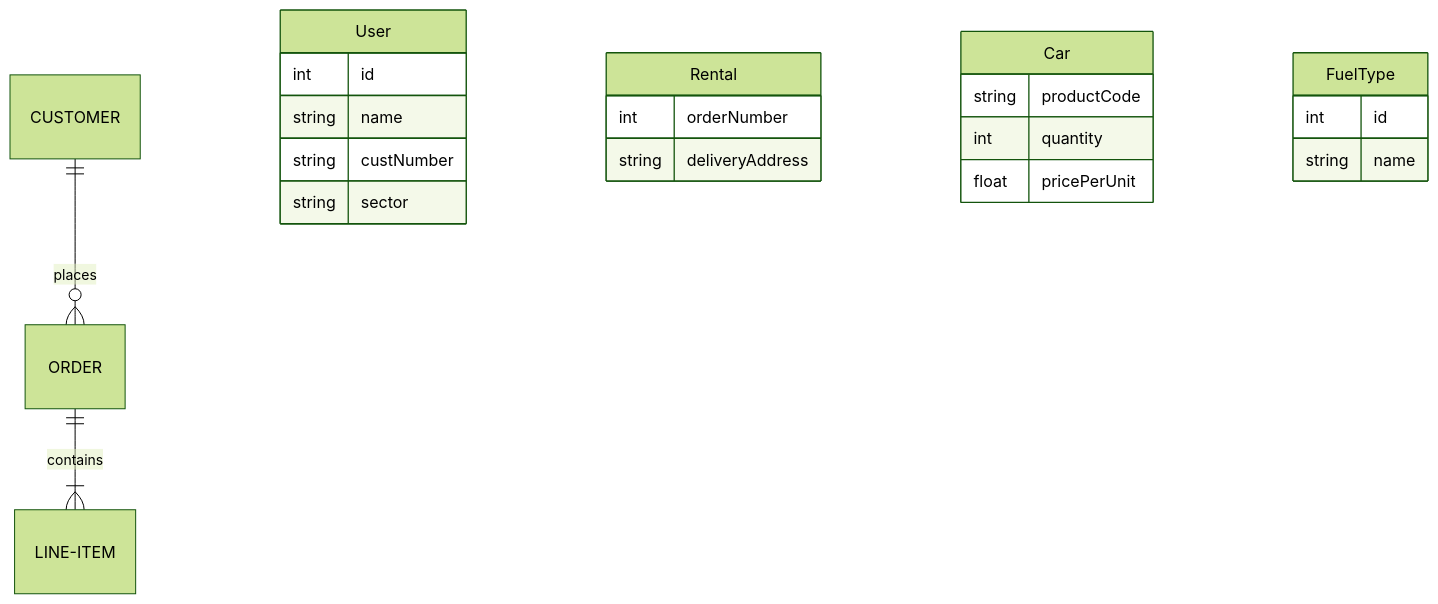
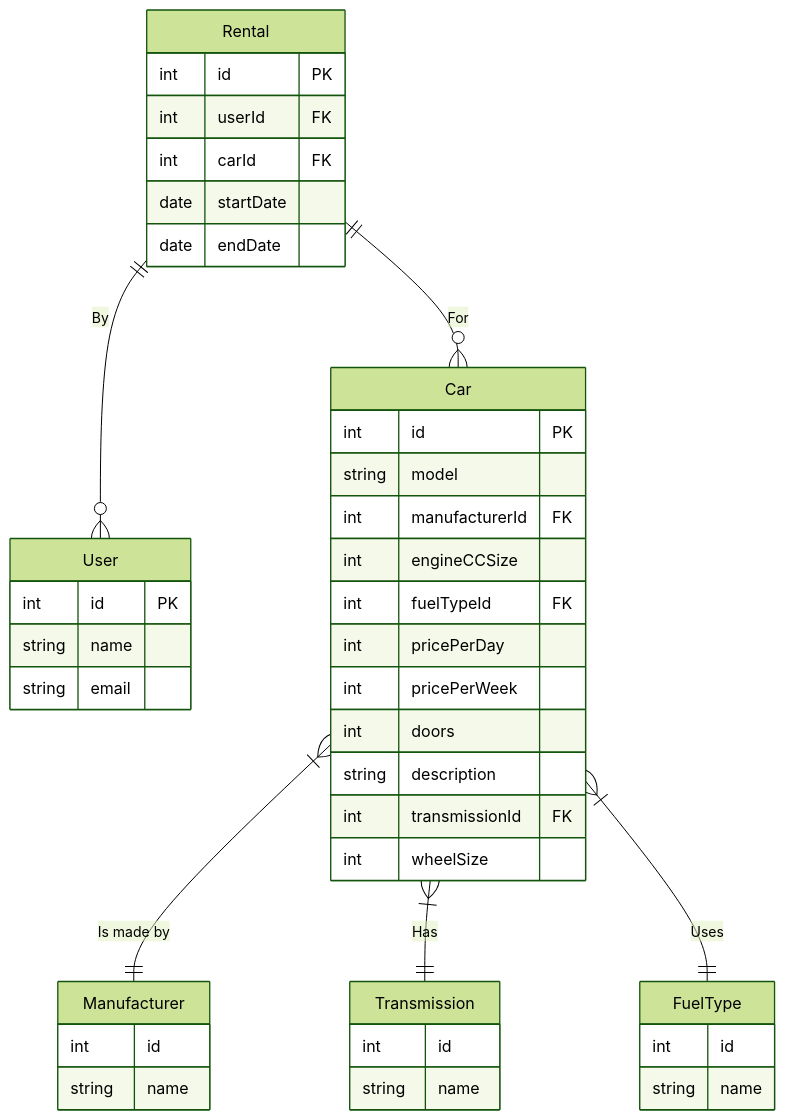
Before and after one commit to thor2304/HapticEngines: the diagram in uml_diagram.md, drawn with Mermaid (forest theme).

Commit message:
Added diagram with changes

````diff
--- a/uml_diagram.md
+++ b/uml_diagram.md
@@ -1,24 +1,49 @@
 ```mermaid
 erDiagram
-    CUSTOMER ||--o{ ORDER : places
     User {
+        int id PK
+        string name
+        string email
+    }
+    Rental {
+        int id PK
+        int userId FK
+        int carId FK
+        date startDate
+        date endDate
+    }
+    Car {
+        int id PK
+        string model
+        int manufacturerId FK
+        int engineCCSize
+        int fuelTypeId FK
+        int pricePerDay
+        int pricePerWeek
+        int doors
+        string description
+        int transmissionId FK
+        int wheelSize
+    }
+    Manufacturer {
         int id
         string name
-        string custNumber
-        string sector
     }
-    ORDER ||--|{ LINE-ITEM : contains
-    Rental {
-        int orderNumber
-        string deliveryAddress
-    }
-    Car {
-        string productCode
-        int quantity
-        float pricePerUnit
+    Transmission {
+        int id
+        string name
     }
     FuelType {
         int id
         string name
     }
+    
+    Rental ||--o{ User : By
+    Rental ||--o{ Car : For
+    Car }|--|| Manufacturer : "Is made by"
+    Car }|--|| Transmission : "Has"
+    Car }|--|| FuelType : "Uses"
+
+%%    CUSTOMER ||--o{ ORDER : places
+    
 ```
````
